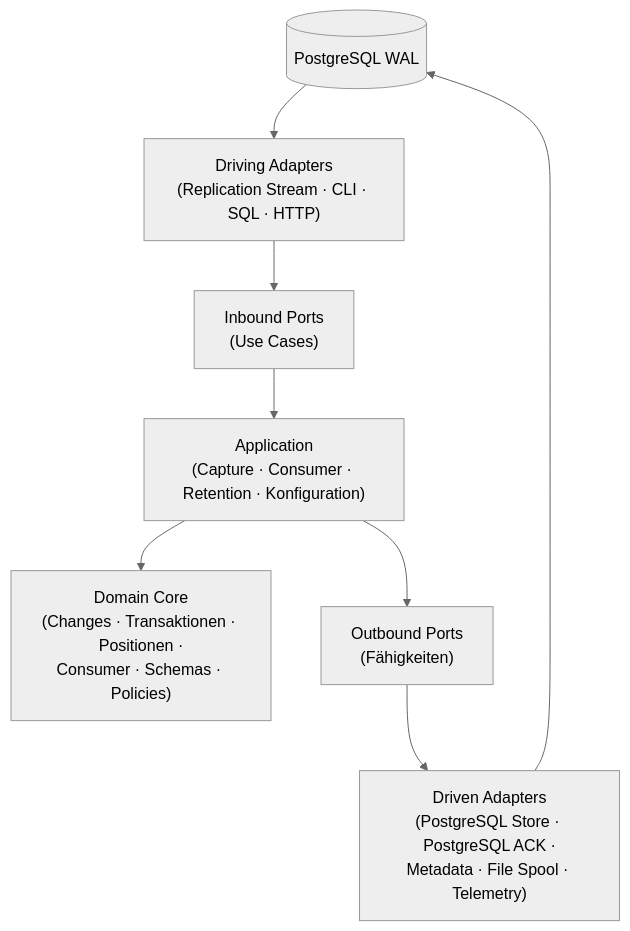
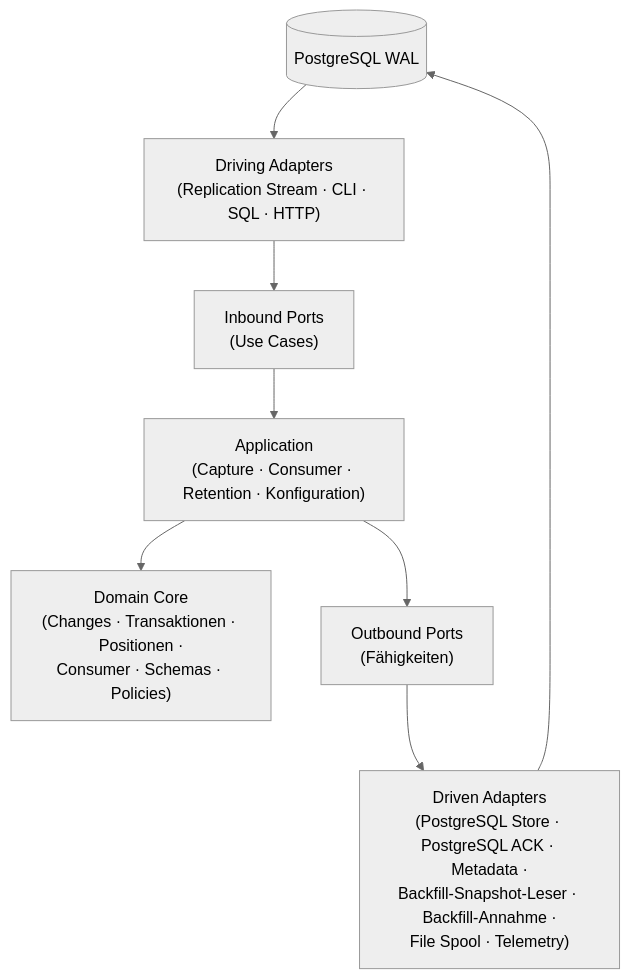
One commit to pt9912/pg-change-feed changed the first of 9 diagrams in spec/architecture.md. Above: the diagram before and after it, drawn with Mermaid (neutral theme). The commit also changed other lines of this file, not shown here.

Commit message:
docs(spec): Architektur-Sicht traegt Backfill-Annahme und -Ausfuehrung als Sequenz (LH-FA-CAP-009, ADR-0111, ADR-0113)

````diff
--- a/spec/architecture.md
+++ b/spec/architecture.md
@@ -33,18 +33,18 @@
 ```mermaid
 flowchart TB
     PG[(PostgreSQL WAL)]
     Driving["Driving Adapters<br/>(Replication Stream · CLI · SQL · HTTP)"]
     Inbound["Inbound Ports<br/>(Use Cases)"]
     App["Application<br/>(Capture · Consumer · Retention · Konfiguration)"]
     Domain["Domain Core<br/>(Changes · Transaktionen · Positionen ·<br/>Consumer · Schemas · Policies)"]
     Outbound["Outbound Ports<br/>(Fähigkeiten)"]
-    Driven["Driven Adapters<br/>(PostgreSQL Store · PostgreSQL ACK ·<br/>Metadata · File Spool · Telemetry)"]
+    Driven["Driven Adapters<br/>(PostgreSQL Store · PostgreSQL ACK · Metadata ·<br/>Backfill-Snapshot-Leser · Backfill-Annahme ·<br/>File Spool · Telemetry)"]
 
     PG --> Driving
     Driving --> Inbound
     Inbound --> App
     App --> Domain
     App --> Outbound
     Outbound --> Driven
     Driven --> PG
 ```
````
